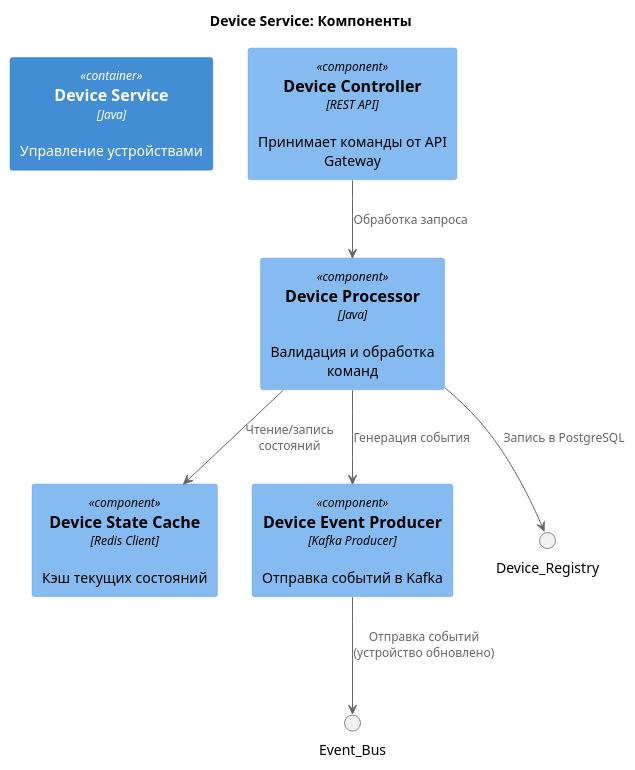
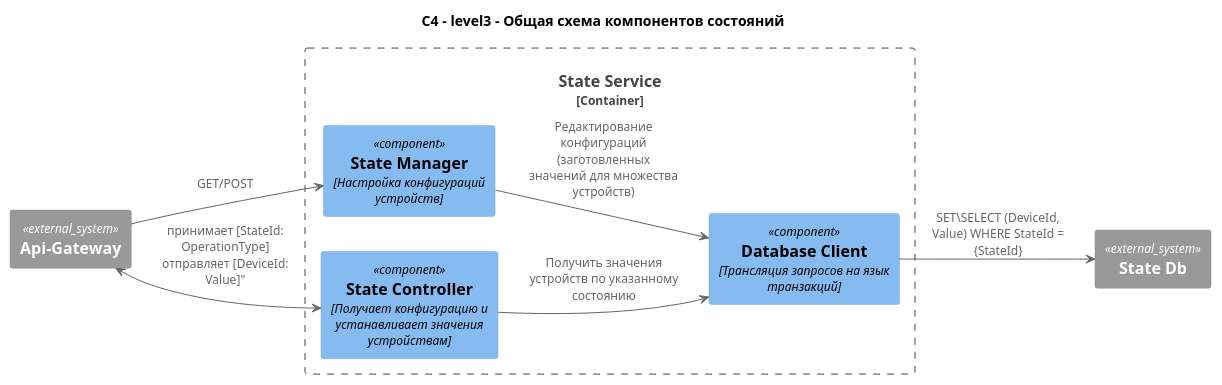
Before and after one commit to AdvanGit/practicum-sprint-3: the diagram in smart-home-monolith/docs/C4/to-be-component-devices.puml, drawn with PlantUML. The commit also changed 4 other files, not shown here.

Commit message:
фиксы + компоненты состояний

```diff
--- a/smart-home-monolith/docs/C4/to-be-component-devices.puml
+++ b/smart-home-monolith/docs/C4/to-be-component-devices.puml
@@ -1,19 +1,23 @@
-@startuml Device_Service_Components
+@startuml ClimateService_Components
 !include https://raw.githubusercontent.com/plantuml-stdlib/C4-PlantUML/master/C4_Component.puml
 
-title Device Service: Компоненты
+title "C4 - level3 - Общая схема компонентов состояний"
 
-Container(Device_Service, "Device Service", "Java", "Управление устройствами")
+left to right direction
 
-Component(Device_Controller, "Device Controller", "REST API", "Принимает команды от API Gateway")
-Component(Device_Processor, "Device Processor", "Java", "Валидация и обработка команд")
-Component(Device_State_Cache, "Device State Cache", "Redis Client", "Кэш текущих состояний")
-Component(Device_Event_Producer, "Device Event Producer", "Kafka Producer", "Отправка событий в Kafka")
+Container_Boundary(State_Service, "State Service") {
+    Component(State_Manager, "State Manager", "Настройка конфигураций устройств")
+    Component(State_Controller, "State Controller", "Получает конфигурацию и устанавливает значения устройствам")
+    Component(Postgres_Client, "Database Client", "Трансляция запросов на язык транзакций")
+}
 
-Device_Controller --> Device_Processor : "Обработка запроса"
-Device_Processor --> Device_State_Cache : "Чтение/запись состояний"
-Device_Processor --> Device_Registry : "Запись в PostgreSQL"
-Device_Event_Producer --> Event_Bus : "Отправка событий (устройство обновлено)"
-Device_Processor --> Device_Event_Producer : "Генерация события"
+System_Ext(API_GW, "Api-Gateway")
+System_Ext(State_Repository, "State Db")
 
+
+API_GW <--> State_Controller : "принимает [StateId: OperationType]\nотправляет [DeviceId: Value]""
+API_GW --> State_Manager : "GET/POST"
+State_Manager --> Postgres_Client : "Редактирование конфигураций (заготовленных значений для множества устройств)"
+State_Controller --> Postgres_Client : "Получить значения устройств по указанному состоянию"
+Postgres_Client --> State_Repository : "SET\SELECT (DeviceId, Value) WHERE StateId = {StateId}"
 @enduml
```
